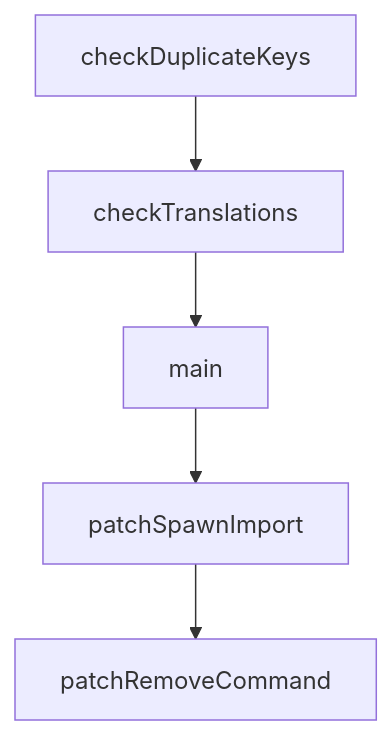
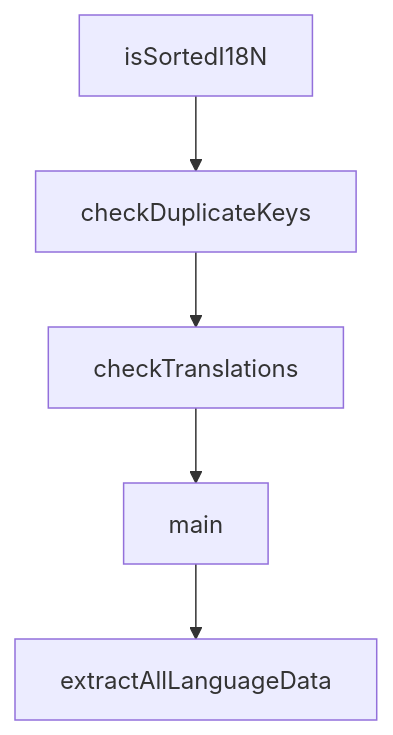
Before and after one commit to johnxie/awesome-code-docs: the diagram in tutorials/cherry-studio-tutorial/08-production-operations-and-governance.md, drawn with Mermaid. The commit also changed other lines of this file and 1232 other files, not shown here.

````diff
--- a/tutorials/cherry-studio-tutorial/08-production-operations-and-governance.md
+++ b/tutorials/cherry-studio-tutorial/08-production-operations-and-governance.md
@@ -197,12 +195,12 @@
 ```mermaid
 flowchart TD
-    A[checkDuplicateKeys]
-    B[checkTranslations]
-    C[main]
-    D[patchSpawnImport]
-    E[patchRemoveCommand]
+    A[isSortedI18N]
+    B[checkDuplicateKeys]
+    C[checkTranslations]
+    D[main]
+    E[extractAllLanguageData]
     A --> B
     B --> C
     C --> D
     D --> E
 ```
````
